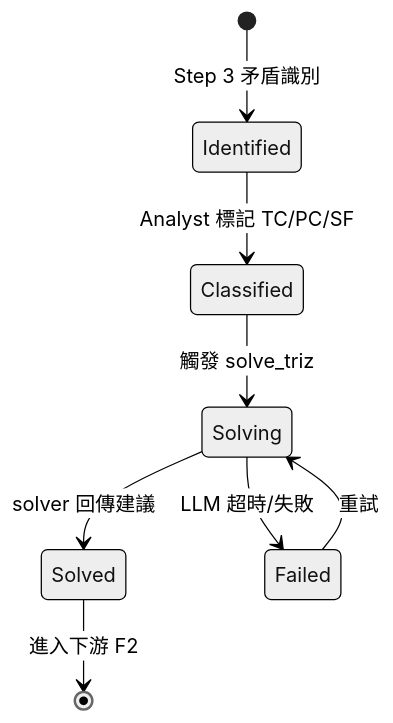
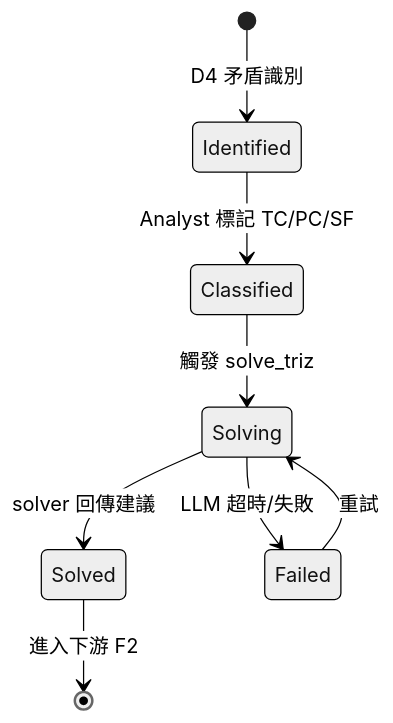
Before and after one commit to Zenobia0000/RD_copilot_system: diagram 20 of 30 in docs/01-define/diagrams/appendix-b--forward-triz-solver.md, drawn with Mermaid. The commit also changed other lines of this file and 45 other files, not shown here.

````diff
--- a/docs/01-define/diagrams/appendix-b--forward-triz-solver.md
+++ b/docs/01-define/diagrams/appendix-b--forward-triz-solver.md
@@ -1005,11 +1005,11 @@
 ```mermaid
 %%{init: {'theme': 'neutral'}}%%
 stateDiagram-v2
-    [*] --> Identified: Step 3 矛盾識別
+    [*] --> Identified: D4 矛盾識別
     Identified --> Classified: Analyst 標記 TC/PC/SF
     Classified --> Solving: 觸發 solve_triz
     Solving --> Solved: solver 回傳建議
     Solving --> Failed: LLM 超時/失敗
     Failed --> Solving: 重試
     Solved --> [*]: 進入下游 F2
 ```
````
